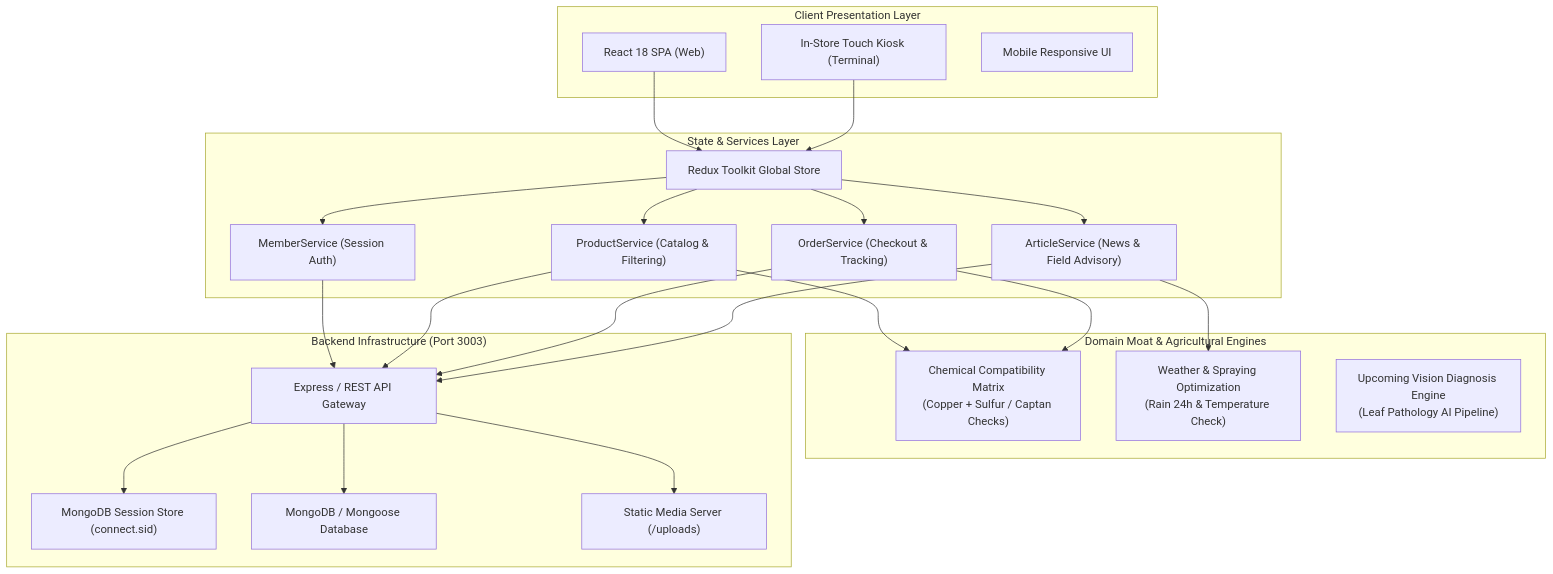
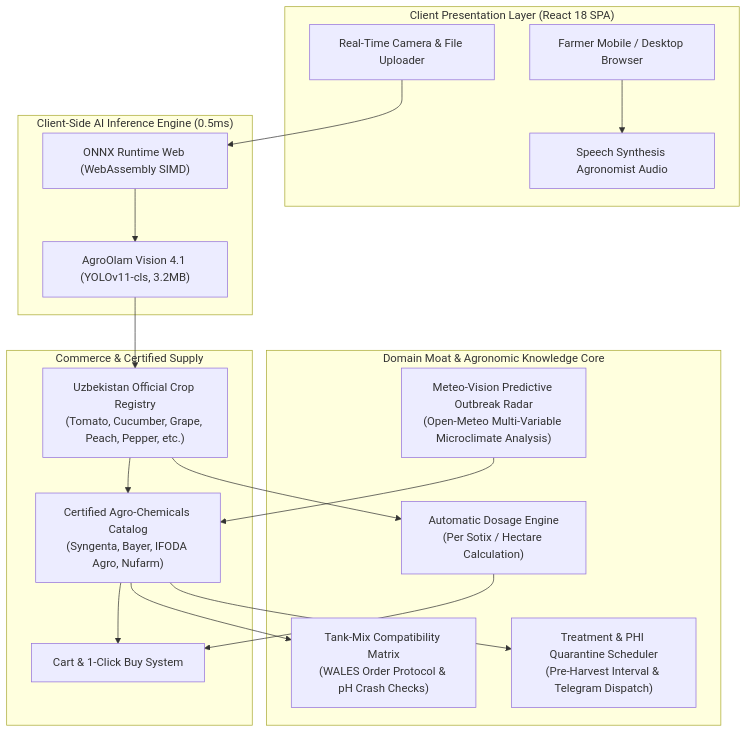
One commit to qazakhi515/AgroOlam-React changed the diagram in README.md. Above: the diagram before and after it, drawn with Mermaid. The commit also changed other lines of this file and 5 other files, not shown here.

Commit message:
fix: complete AgroOlam production branding

````diff
--- a/README.md
+++ b/README.md
@@ -16,39 +16,35 @@
 ```mermaid
 flowchart TD
-    subgraph ClientLayer ["Client Presentation Layer"]
-        SPA["React 18 SPA (Web)"]
-        Kiosk["In-Store Touch Kiosk (Terminal)"]
-        Mobile["Mobile Responsive UI"]
+    subgraph ClientLayer ["Client Presentation Layer (React 18 SPA)"]
+        Browser["Farmer Mobile / Desktop Browser"]
+        CameraFeed["Real-Time Camera & File Uploader"]
+        AudioSynth["Speech Synthesis Agronomist Audio"]
     end
 
-    subgraph StateAndServices ["State & Services Layer"]
-        Redux["Redux Toolkit Global Store"]
-        AuthSvc["MemberService (Session Auth)"]
-        ProductSvc["ProductService (Catalog & Filtering)"]
-        OrderSvc["OrderService (Checkout & Tracking)"]
-        ArticleSvc["ArticleService (News & Field Advisory)"]
+    subgraph NeuralEngine ["Client-Side AI Inference Engine (0.5ms)"]
+        WASM["ONNX Runtime Web (WebAssembly SIMD)"]
+        YOLO["AgroOlam Vision 4.1 (YOLOv11-cls, 3.2MB)"]
+        WASM --> YOLO
     end
 
-    subgraph DomainRules ["Domain Moat & Agricultural Engines"]
-        AgroMatrix["Chemical Compatibility Matrix\n(Copper + Sulfur / Captan Checks)"]
-        SprayingEngine["Weather & Spraying Optimization\n(Rain 24h & Temperature Check)"]
-        AIDiagnosis["Upcoming Vision Diagnosis Engine\n(Leaf Pathology AI Pipeline)"]
+    subgraph DomainEngines ["Domain Moat & Agronomic Knowledge Core"]
+        TankMix["Tank-Mix Compatibility Matrix\n(WALES Order Protocol & pH Crash Checks)"]
+        MeteoRadar["Meteo-Vision Predictive Outbreak Radar\n(Open-Meteo Multi-Variable Microclimate Analysis)"]
+        DosageCalc["Automatic Dosage Engine\n(Per Sotix / Hectare Calculation)"]
+        Quarantine["Treatment & PHI Quarantine Scheduler\n(Pre-Harvest Interval & Telegram Dispatch)"]
     end
 
-    subgraph BackendInfrastructure ["Backend Infrastructure (Port 3003)"]
-        Gateway["Express / REST API Gateway"]
-        SessionStore["MongoDB Session Store (connect.sid)"]
-        Mongo["MongoDB / Mongoose Database"]
-        Uploads["Static Media Server (/uploads)"]
+    subgraph CommerceCatalog ["Commerce & Certified Supply"]
+        CropsDB["Uzbekistan Official Crop Registry\n(Tomato, Cucumber, Grape, Peach, Pepper, etc.)"]
+        MedsDB["Certified Agro-Chemicals Catalog\n(Syngenta, Bayer, IFODA Agro, Nufarm)"]
+        Cart["Cart & 1-Click Buy System"]
     end
 
-    SPA --> Redux
-    Kiosk --> Redux
-    Redux --> AuthSvc & ProductSvc & OrderSvc & ArticleSvc
-    ProductSvc & OrderSvc --> AgroMatrix
-    ArticleSvc --> SprayingEngine
-    AuthSvc & ProductSvc & OrderSvc & ArticleSvc --> Gateway
-    Gateway --> SessionStore
-    Gateway --> Mongo
-    Gateway --> Uploads
+    CameraFeed --> WASM
+    YOLO --> CropsDB
+    CropsDB --> DosageCalc & MedsDB
+    MedsDB --> TankMix & Quarantine & Cart
+    MeteoRadar --> MedsDB
+    DosageCalc --> Cart
+    Browser --> AudioSynth
 ```
````
